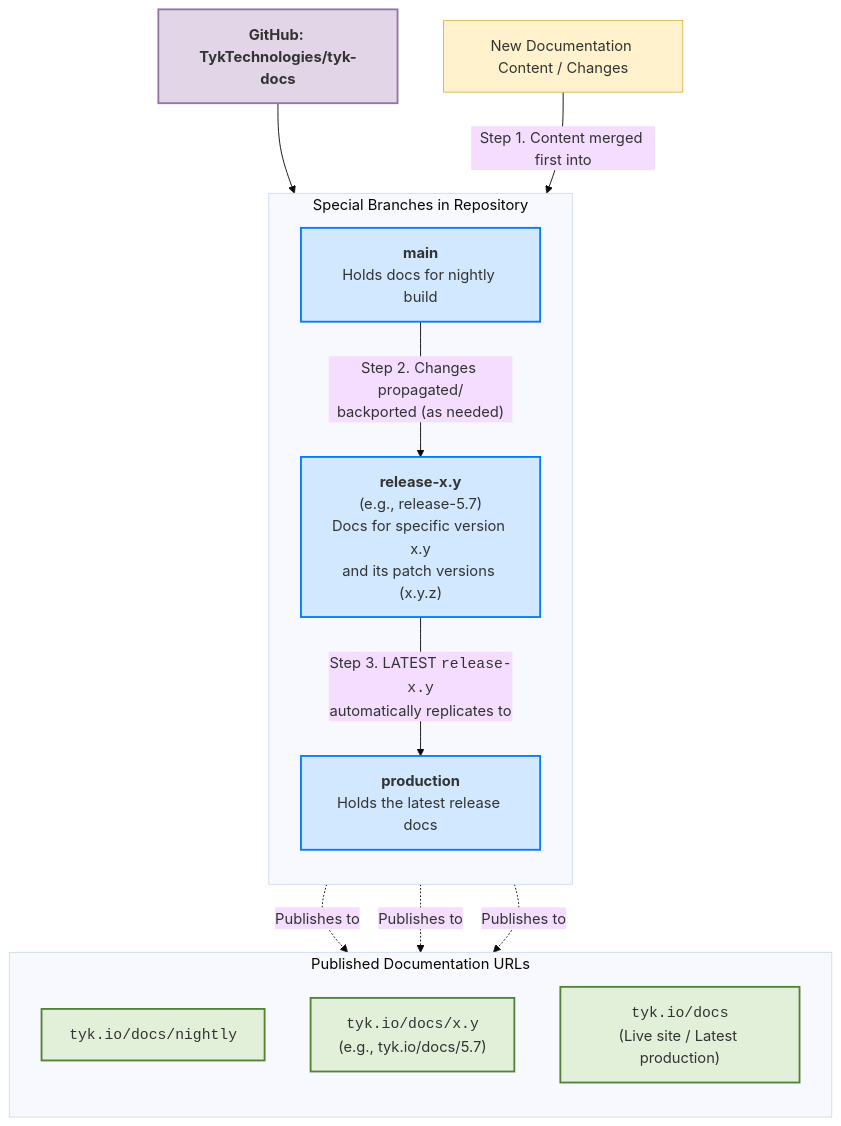
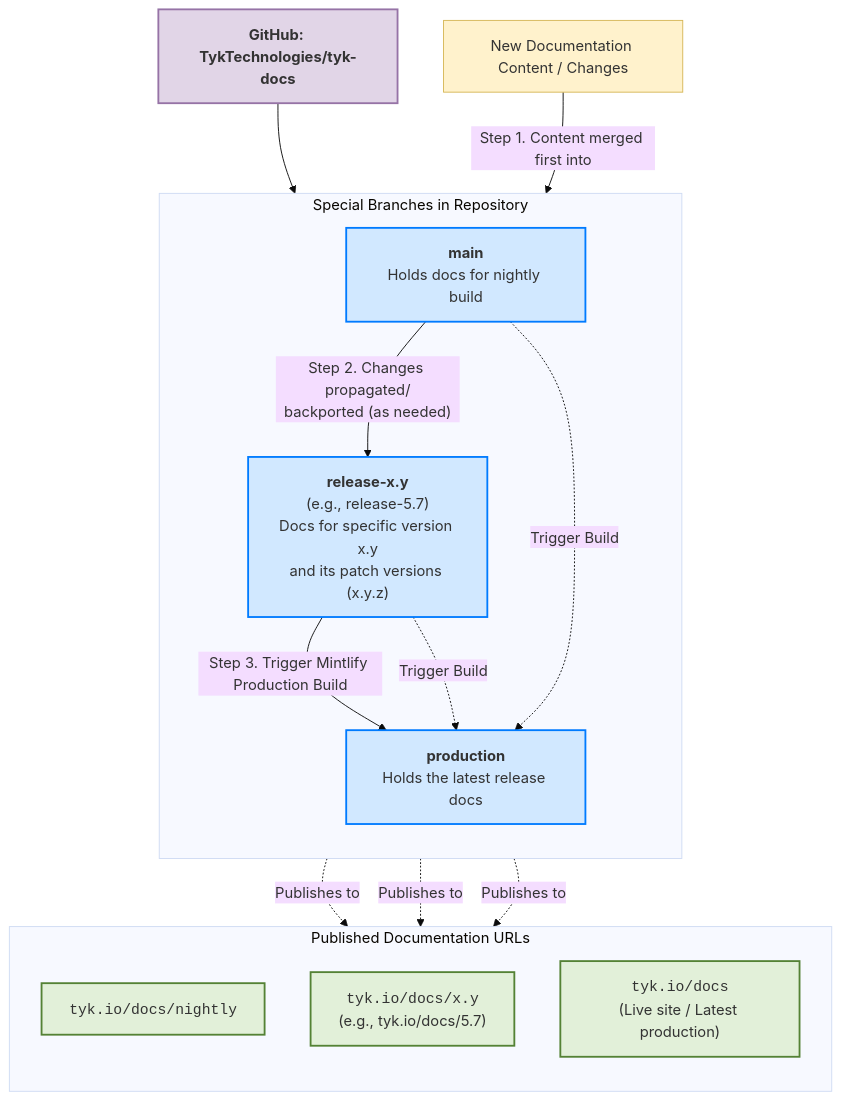
Before and after one commit to TykTechnologies/tyk-docs-hugo: the diagram in tyk-docs/content/developer-support/release-guide.md, drawn with Mermaid (base theme). The commit also changed other lines of this file and 2 other files, not shown here.

````diff
--- a/tyk-docs/content/developer-support/release-guide.md
+++ b/tyk-docs/content/developer-support/release-guide.md
@@ -51,39 +51,42 @@
 ```mermaid
 graph TD;
 
     classDef repoStyle fill:#E1D5E7,stroke:#9673A6,stroke-width:2px,font-weight:bold;
     classDef branchStyle fill:#D1E8FF,stroke:#007BFF,stroke-width:2px;
     classDef urlStyle fill:#E2F0D9,stroke:#548235,stroke-width:2px;
     classDef inputStyle fill:#FFF2CC,stroke:#D6B656,stroke-width:1px;
 
     Repo["GitHub: TykTechnologies/tyk-docs"]
     class Repo repoStyle;
 
     NewContent["New Documentation Content / Changes"]
     class NewContent inputStyle;
 
     subgraph SpecialBranches [Special Branches in Repository]
         direction TB
         main["<strong>main</strong><br/>Holds docs for nightly build"]
         release_xy["<strong>release-x.y</strong><br/>(e.g., release-5.7)<br/>Docs for specific version x.y<br/>and its patch versions (x.y.z)"]
         production["<strong>production</strong><br/>Holds the latest release docs"]
     end
     class main,release_xy,production branchStyle;
 
     subgraph PublishedURLs [Published Documentation URLs]
         direction TB
         url_nightly["<code>tyk.io/docs/nightly</code>"]
         url_version["<code>tyk.io/docs/x.y</code><br/>(e.g., tyk.io/docs/5.7)"]
         url_production["<code>tyk.io/docs</code><br/>(Live site / Latest production)"]
     end
     class url_nightly,url_version,url_production urlStyle;
 
     Repo --> main;
     NewContent -- "Step 1. Content merged first into" --> main;
     main -- "Step 2. Changes propagated/<br/>backported (as needed)" --> release_xy;
-    release_xy -- "Step 3. LATEST <code>release-x.y</code><br/>automatically replicates to" --> production;
+    release_xy -- "Step 3. Trigger Mintlify Production Build" --> production;
 
-    main -. "Publishes to" .-> url_nightly;
-    release_xy -. "Publishes to" .-> url_version;
+    main -. "Trigger Build" .-> production;
+    release_xy -. "Trigger Build" .-> production;
+
+    production -. "Publishes to" .-> url_nightly;
+    production -. "Publishes to" .-> url_version;
     production -. "Publishes to" .-> url_production;
 ```
````
